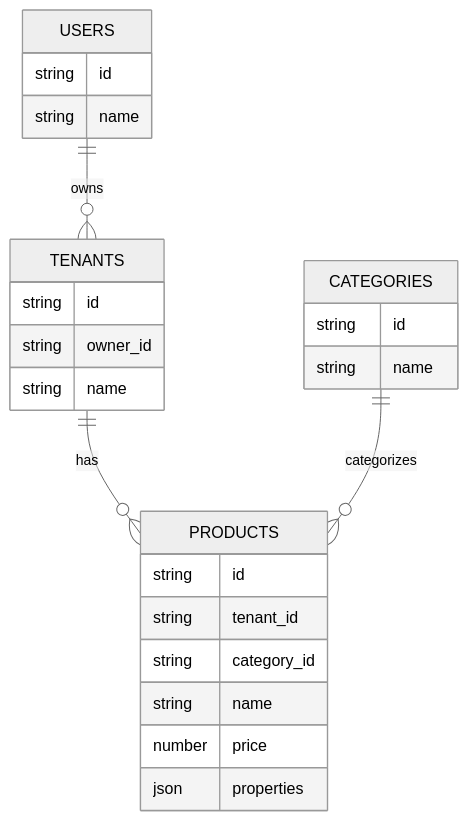
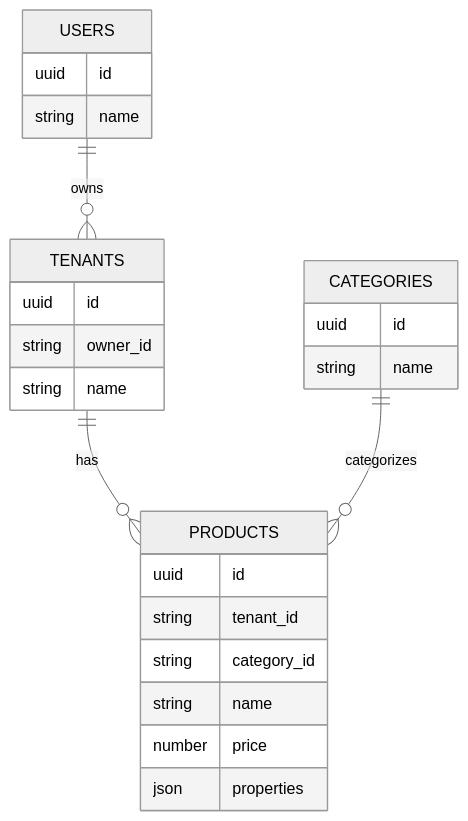
The diagram in spec/データモデル.md (t-kuni/cqrs-example), drawn with Mermaid (neutral theme) before and after one commit.

````diff
--- a/spec/データモデル.md
+++ b/spec/データモデル.md
@@ -5,32 +5,32 @@
 ```mermaid
 erDiagram
     USERS {
-        string id
+        uuid id
         string name
     }
 
     TENANTS {
-        string id
+        uuid id
         string owner_id
         string name
     }
 
     PRODUCTS {
-        string id
+        uuid id
         string tenant_id
         string category_id
         string name
         number price
         json properties
     }
 
     CATEGORIES {
-        string id
+        uuid id
         string name
     }
 
     USERS ||--o{ TENANTS : owns
     TENANTS ||--o{ PRODUCTS : has
     CATEGORIES ||--o{ PRODUCTS : categorizes
 
 ```
````
